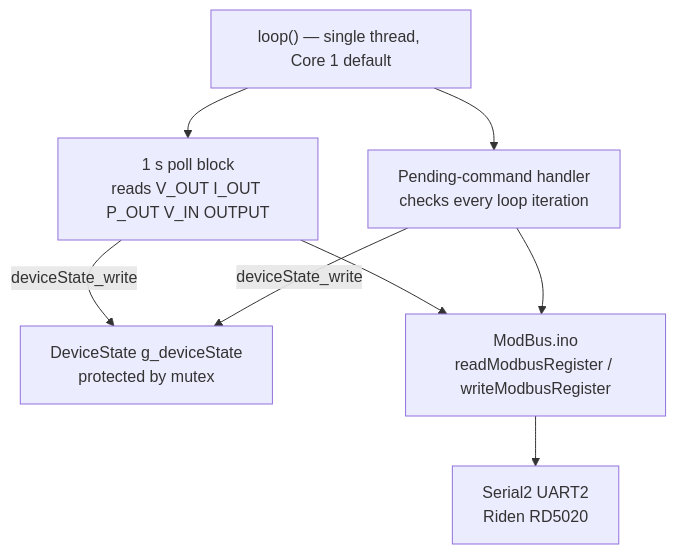
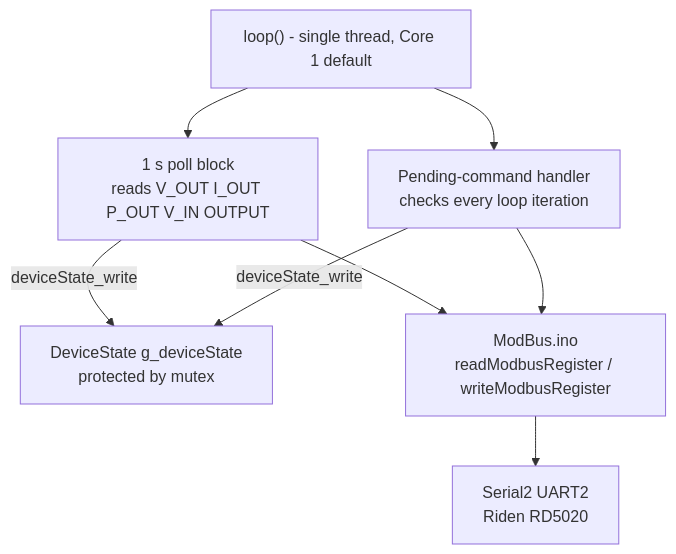
One commit to Warpguru/ESP changed the diagram in Iteration 7.md. Above: the diagram before and after it, drawn with Mermaid. The commit also changed other lines of this file and 43 other files, not shown here.

````diff
--- a/Iteration 7.md
+++ b/Iteration 7.md
@@ -44,17 +44,17 @@
 ```mermaid
 graph TD
-    loop["loop() — single thread, Core 1 default"]
+    loop["loop() - single thread, Core 1 default"]
     ds["DeviceState g_deviceState\nprotected by mutex"]
     poll["1 s poll block\nreads V_OUT I_OUT P_OUT V_IN OUTPUT"]
     cmd["Pending-command handler\nchecks every loop iteration"]
     modbus["ModBus.ino\nreadModbusRegister / writeModbusRegister"]
     serial2["Serial2 UART2\nRiden RD5020"]
 
     loop --> poll
     loop --> cmd
     poll -- deviceState_write --> ds
     cmd -- deviceState_write --> ds
     poll --> modbus
     cmd --> modbus
     modbus --> serial2
 ```
````
